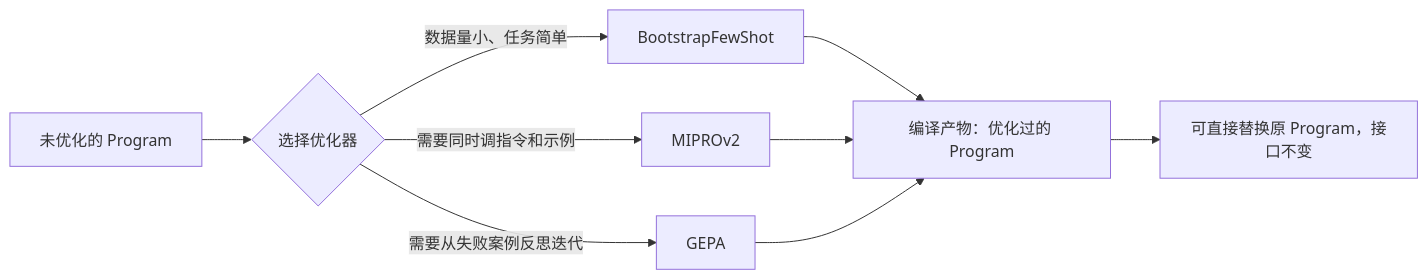
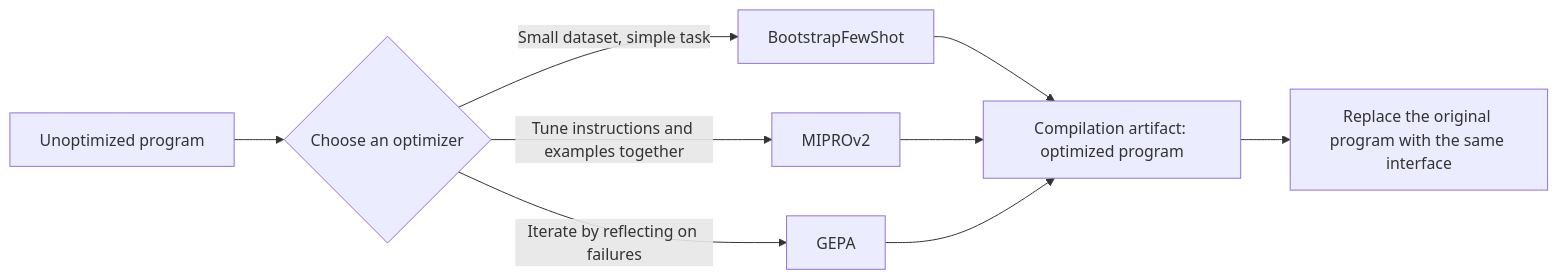
One commit to oneleaveknowsthefall/awesome-ai-roadmap changed the diagram in docs/frameworks/03-dspy/17-compiler-and-optimizers.md. Above: the diagram before and after it, drawn with Mermaid. The commit also changed other lines of this file and 70 other files, not shown here.

````diff
--- a/docs/frameworks/03-dspy/17-compiler-and-optimizers.md
+++ b/docs/frameworks/03-dspy/17-compiler-and-optimizers.md
@@ -31,11 +31,11 @@
 ```mermaid
 flowchart LR
-    P["未优化的 Program"] --> B{"选择优化器"}
-    B -->|"数据量小、任务简单"| BF["BootstrapFewShot"]
-    B -->|"需要同时调指令和示例"| MI["MIPROv2"]
-    B -->|"需要从失败案例反思迭代"| GE["GEPA"]
-    BF --> C["编译产物：优化过的 Program"]
+    P["Unoptimized program"] --> B{"Choose an optimizer"}
+    B -->|"Small dataset, simple task"| BF["BootstrapFewShot"]
+    B -->|"Tune instructions and examples together"| MI["MIPROv2"]
+    B -->|"Iterate by reflecting on failures"| GE["GEPA"]
+    BF --> C["Compilation artifact: optimized program"]
     MI --> C
     GE --> C
-    C --> D["可直接替换原 Program，接口不变"]
+    C --> D["Replace the original program with the same interface"]
 ```
````
